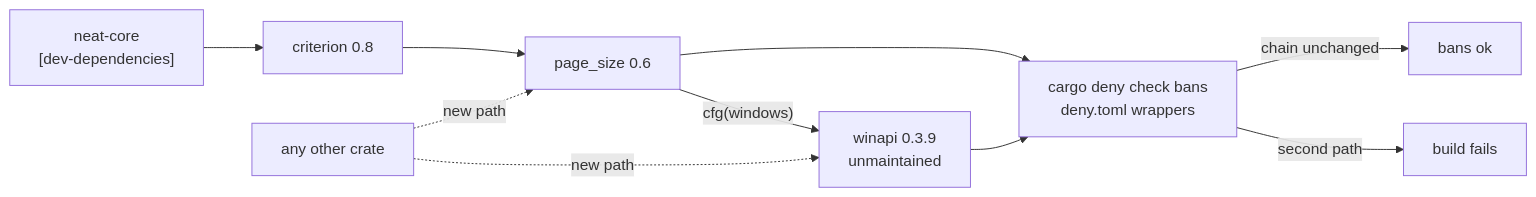
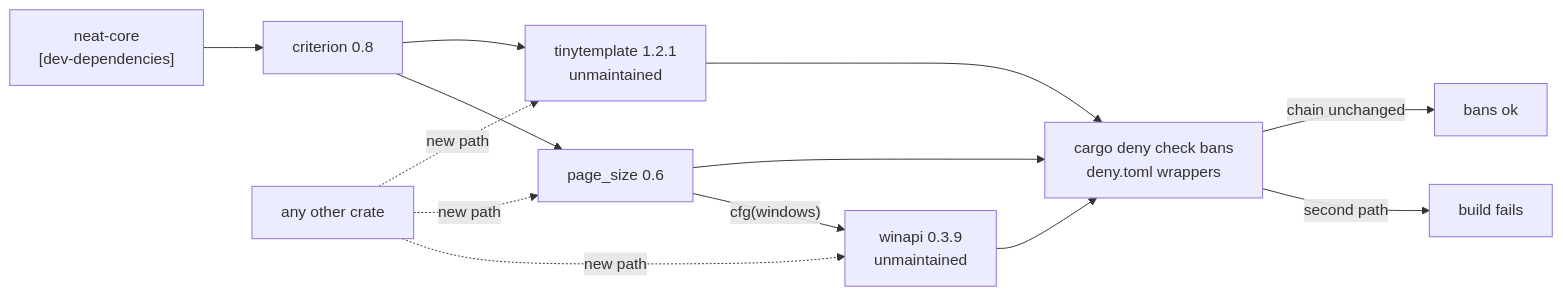
The third of 5 diagrams in SECURITY.md (stSoftwareAU/NEAT-AI-core), drawn with Mermaid before and after one commit. The commit also changed other lines of this file and 6 other files, not shown here.

First line of the commit message:
🟢 Bound the unmaintained tinytemplate with the existing orphan-containment gate (Issue #677) (#693)

````diff
--- a/SECURITY.md
+++ b/SECURITY.md
@@ -240,12 +255,15 @@
 ```mermaid
 flowchart LR
     Core["neat-core<br/>[dev-dependencies]"] --> Crit[criterion 0.8]
     Crit --> PS[page_size 0.6]
     PS -->|"cfg(windows)"| Win["winapi 0.3.9<br/>unmaintained"]
+    Crit --> TT["tinytemplate 1.2.1<br/>unmaintained"]
     Other["any other crate"] -.->|new path| Win
     Other -.->|new path| PS
+    Other -.->|new path| TT
     Win --> Bans["cargo deny check bans<br/>deny.toml wrappers"]
     PS --> Bans
+    TT --> Bans
     Bans -->|second path| Fail["build fails"]
     Bans -->|chain unchanged| Pass[bans ok]
 ```
````
